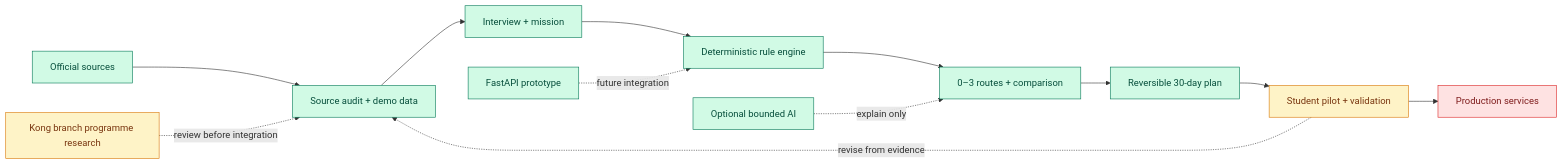
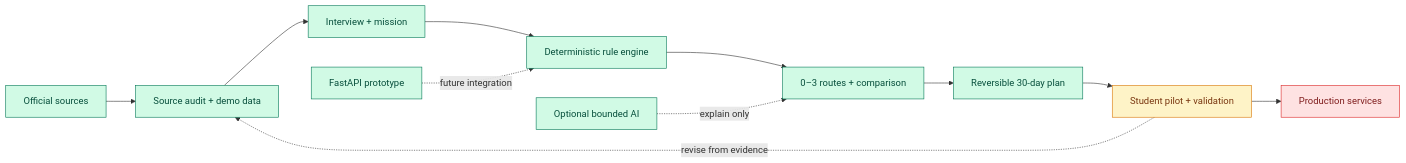
Before and after one commit to Pongkarm/Future_Me: the first of 2 diagrams in README.md, drawn with Mermaid. The commit also changed other lines of this file and 8 other files, not shown here.

````diff
--- a/README.md
+++ b/README.md
@@ -81,22 +81,20 @@
 ```mermaid
 flowchart LR
     A["Official sources"] --> B["Source audit + demo data"]
     B --> C["Interview + mission"]
     C --> D["Deterministic rule engine"]
     D --> E["0–3 routes + comparison"]
     E --> F["Reversible 30-day plan"]
     F --> G["Student pilot + validation"]
     G -. "revise from evidence" .-> B
     G --> H["Production services"]
 
     I["Optional bounded AI"] -. "explain only" .-> E
     J["FastAPI prototype"] -. "future integration" .-> D
-    K["Kong branch programme research"] -. "review before integration" .-> B
-
     classDef working fill:#d1fae5,stroke:#047857,color:#064e3b;
     classDef validating fill:#fef3c7,stroke:#d97706,color:#78350f;
     classDef planned fill:#fee2e2,stroke:#dc2626,color:#7f1d1d;
     class A,B,C,D,E,F,I,J working;
-    class G,K validating;
+    class G validating;
     class H planned;
 ```
````
